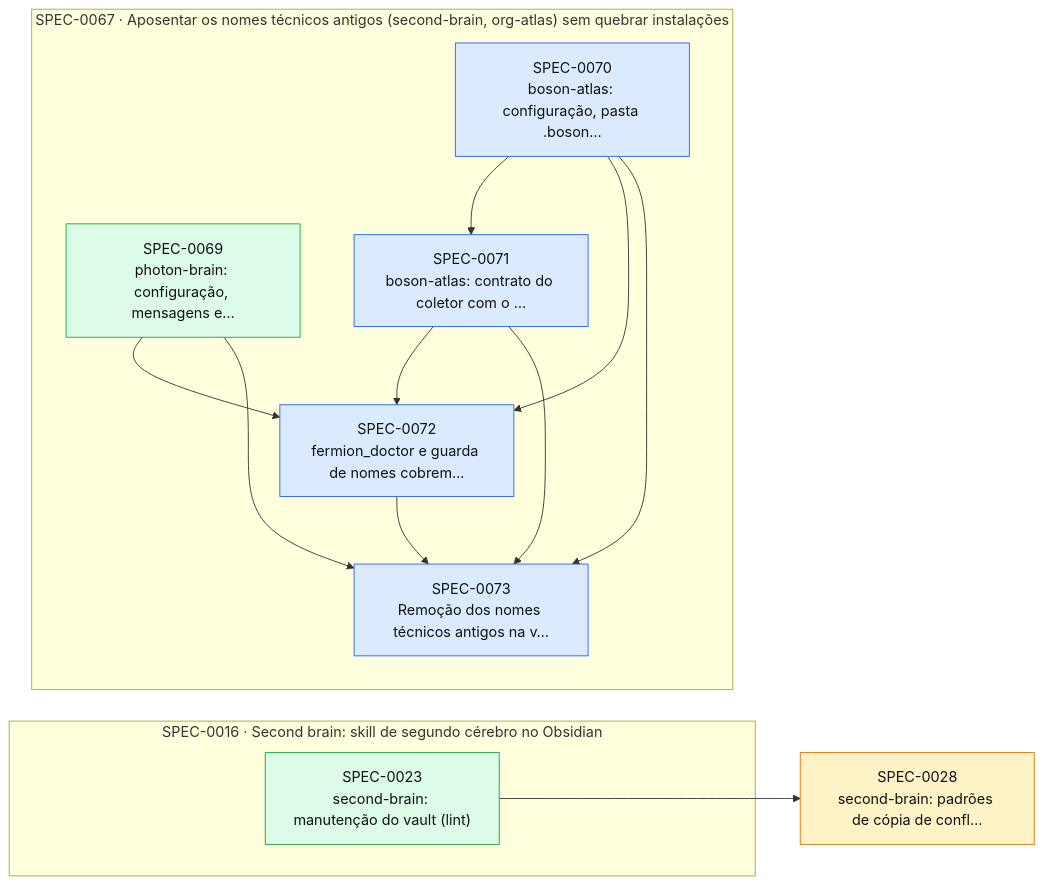
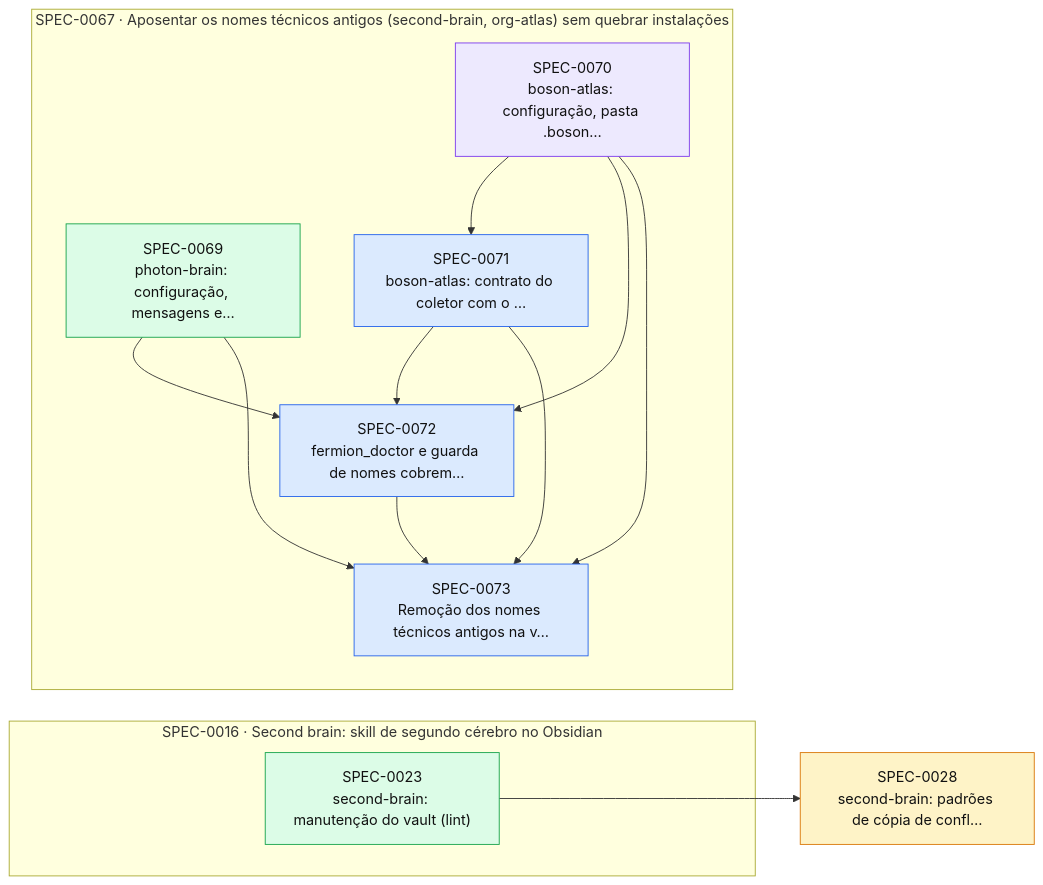
Before and after one commit to thomasravache/ai-dev-brain: the diagram in docs/specs/INDEX.md, drawn with Mermaid. The commit also changed other lines of this file and 1 other file, not shown here.

First line of the commit message:
docs(specs): plano e emenda da SPEC-0070

````diff
--- a/docs/specs/INDEX.md
+++ b/docs/specs/INDEX.md
@@ -55,28 +55,28 @@
 ```mermaid
 flowchart LR
   S0028["SPEC-0028<br/>second-brain: padrões de cópia de confl…"]:::proposed
   subgraph E0016["SPEC-0016 · Second brain: skill de segundo cérebro no Obsidian"]
     S0023["SPEC-0023<br/>second-brain: manutenção do vault (lint)"]:::implemented
   end
   subgraph E0067["SPEC-0067 · Aposentar os nomes técnicos antigos (second-brain, org-atlas) sem quebrar instalações"]
     S0069["SPEC-0069<br/>photon-brain: configuração, mensagens e…"]:::implemented
-    S0070["SPEC-0070<br/>boson-atlas: configuração, pasta .boson…"]:::approved
+    S0070["SPEC-0070<br/>boson-atlas: configuração, pasta .boson…"]:::inprogress
     S0071["SPEC-0071<br/>boson-atlas: contrato do coletor com o …"]:::approved
     S0072["SPEC-0072<br/>fermion_doctor e guarda de nomes cobrem…"]:::approved
     S0073["SPEC-0073<br/>Remoção dos nomes técnicos antigos na v…"]:::approved
   end
   S0023 --> S0028
   S0070 --> S0071
   S0069 --> S0072
   S0070 --> S0072
   S0071 --> S0072
   S0069 --> S0073
   S0070 --> S0073
   S0071 --> S0073
   S0072 --> S0073
   classDef proposed fill:#fef3c7,stroke:#d97706,color:#111
   classDef approved fill:#dbeafe,stroke:#2563eb,color:#111
   classDef inprogress fill:#ede9fe,stroke:#7c3aed,color:#111
   classDef implemented fill:#dcfce7,stroke:#16a34a,color:#111
   classDef deprecated fill:#f3f4f6,stroke:#9ca3af,color:#6b7280
 ```
````
